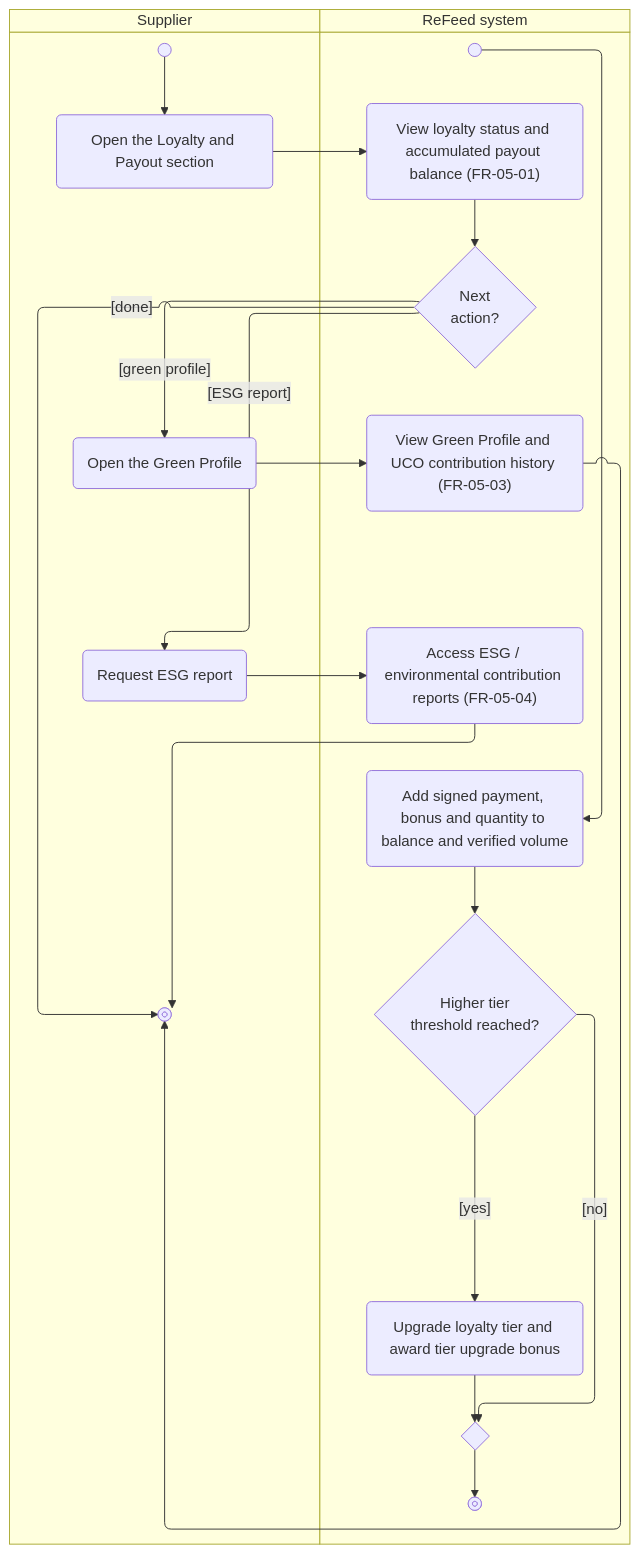
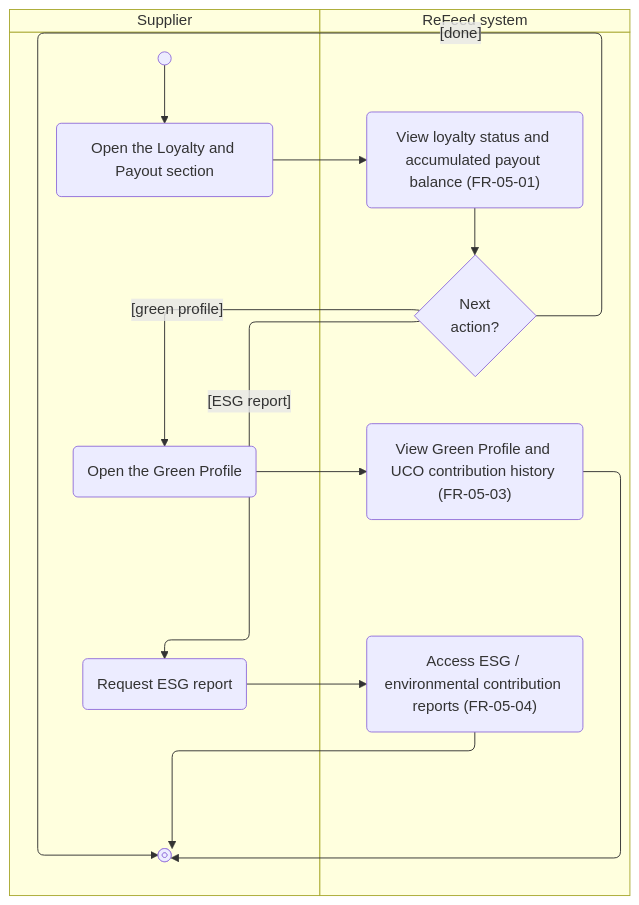
The diagram in docs/activity/AD-UC-12.md (thuyvicbh-alt/DBIZ2---GROUP-D), drawn with Mermaid before and after one commit. The commit also changed other lines of this file, not shown here.

````diff
--- a/docs/activity/AD-UC-12.md
+++ b/docs/activity/AD-UC-12.md
@@ -25,30 +25,20 @@
 ```mermaid
 swimlane-beta TB
   subgraph SUP["Supplier"]
     start@{ shape: sm-circ }
     a1("Open the Loyalty and Payout section")
     a2("Open the Green Profile")
     a3("Request ESG report")
     stop1@{ shape: fr-circ }
   end
   subgraph SYS["ReFeed system"]
-    signed@{ shape: sm-circ }
-    u1("Add signed payment, bonus and quantity to balance and verified volume")
-    d0{"Higher tier<br>threshold reached?"}
-    u2("Upgrade loyalty tier and award tier upgrade bonus")
-    m0{" "}
-    stop2@{ shape: fr-circ }
     s1("View loyalty status and accumulated payout balance (FR-05-01)")
     d1{"Next<br>action?"}
     s2("View Green Profile and UCO contribution history (FR-05-03)")
     s3("Access ESG / environmental contribution reports (FR-05-04)")
   end
-  signed --> u1 --> d0
-  d0 -->|"[yes]"| u2 --> m0
-  d0 -->|"[no]"| m0
-  m0 --> stop2
   start --> a1 --> s1 --> d1
   d1 -->|"[done]"| stop1
   d1 -->|"[green profile]"| a2 --> s2 --> stop1
   d1 -->|"[ESG report]"| a3 --> s3 --> stop1
 ```
````
